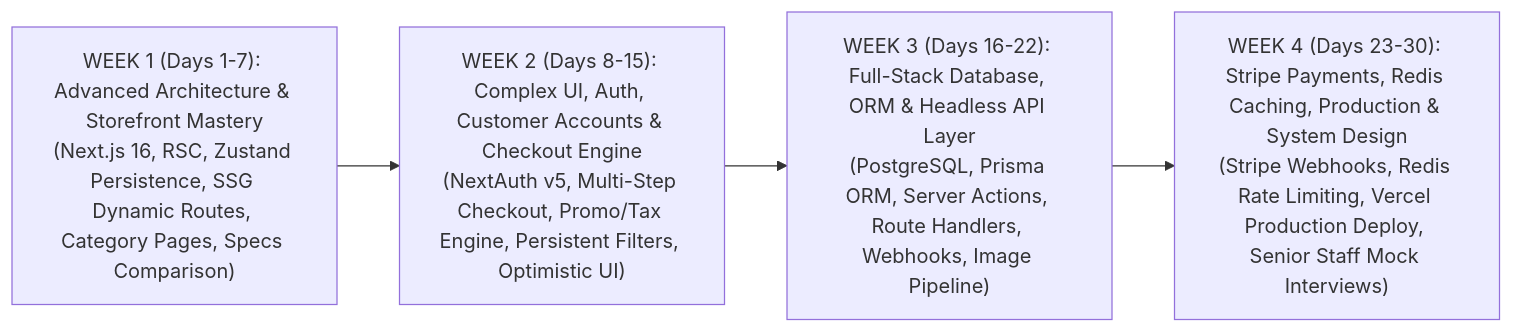
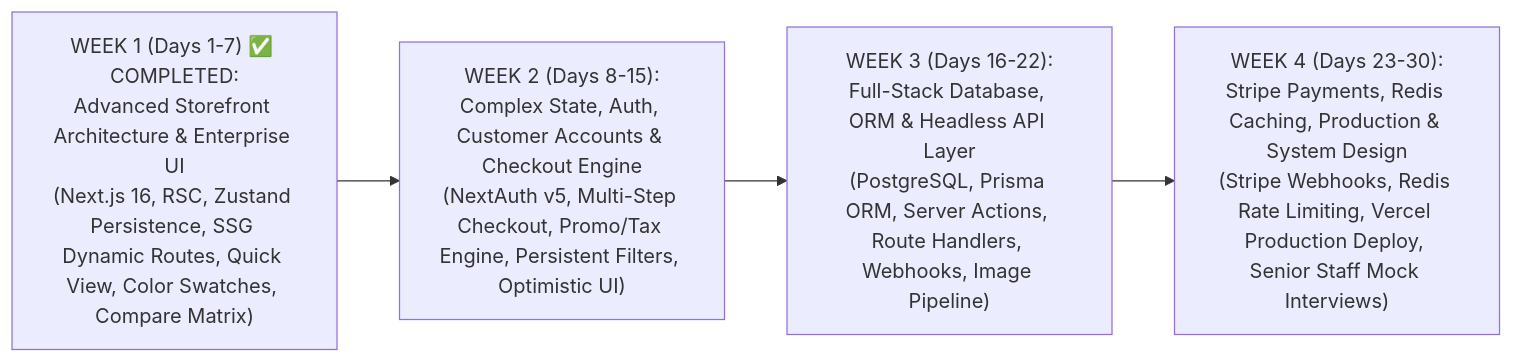
Before and after one commit to AdarshRG/nova-ecommerce: the first of 2 diagrams in COURSE_NOTES.md, drawn with Mermaid. The commit also changed other lines of this file and 12 other files, not shown here.

Commit message:
recently viewd and quick view feature

````diff
--- a/COURSE_NOTES.md
+++ b/COURSE_NOTES.md
@@ -11,6 +11,6 @@
 ```mermaid
 flowchart LR
-    W1["WEEK 1 (Days 1-7): Advanced Architecture & Storefront Mastery<br/>(Next.js 16, RSC, Zustand Persistence, SSG Dynamic Routes, Category Pages, Specs Comparison)"] --> W2["WEEK 2 (Days 8-15): Complex UI, Auth, Customer Accounts & Checkout Engine<br/>(NextAuth v5, Multi-Step Checkout, Promo/Tax Engine, Persistent Filters, Optimistic UI)"]
-    W2 --> W3["WEEK 3 (Days 16-22): Full-Stack Database, ORM & Headless API Layer<br/>(PostgreSQL, Prisma ORM, Server Actions, Route Handlers, Webhooks, Image Pipeline)"]
-    W3 --> W4["WEEK 4 (Days 23-30): Stripe Payments, Redis Caching, Production & System Design<br/>(Stripe Webhooks, Redis Rate Limiting, Vercel Production Deploy, Senior Staff Mock Interviews)"]
+    W1["WEEK 1 (Days 1-7) ✅ COMPLETED:<br/>Advanced Storefront Architecture & Enterprise UI<br/>(Next.js 16, RSC, Zustand Persistence, SSG Dynamic Routes, Quick View, Color Swatches, Compare Matrix)"] --> W2["WEEK 2 (Days 8-15):<br/>Complex State, Auth, Customer Accounts & Checkout Engine<br/>(NextAuth v5, Multi-Step Checkout, Promo/Tax Engine, Persistent Filters, Optimistic UI)"]
+    W2 --> W3["WEEK 3 (Days 16-22):<br/>Full-Stack Database, ORM & Headless API Layer<br/>(PostgreSQL, Prisma ORM, Server Actions, Route Handlers, Webhooks, Image Pipeline)"]
+    W3 --> W4["WEEK 4 (Days 23-30):<br/>Stripe Payments, Redis Caching, Production & System Design<br/>(Stripe Webhooks, Redis Rate Limiting, Vercel Production Deploy, Senior Staff Mock Interviews)"]
 ```
````
